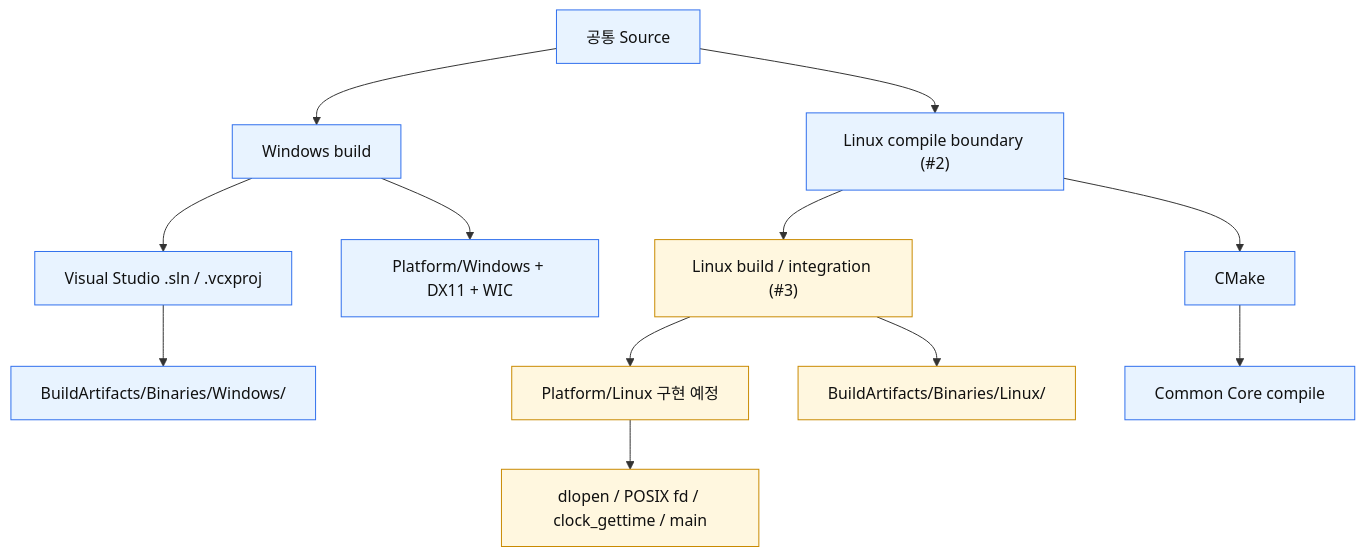
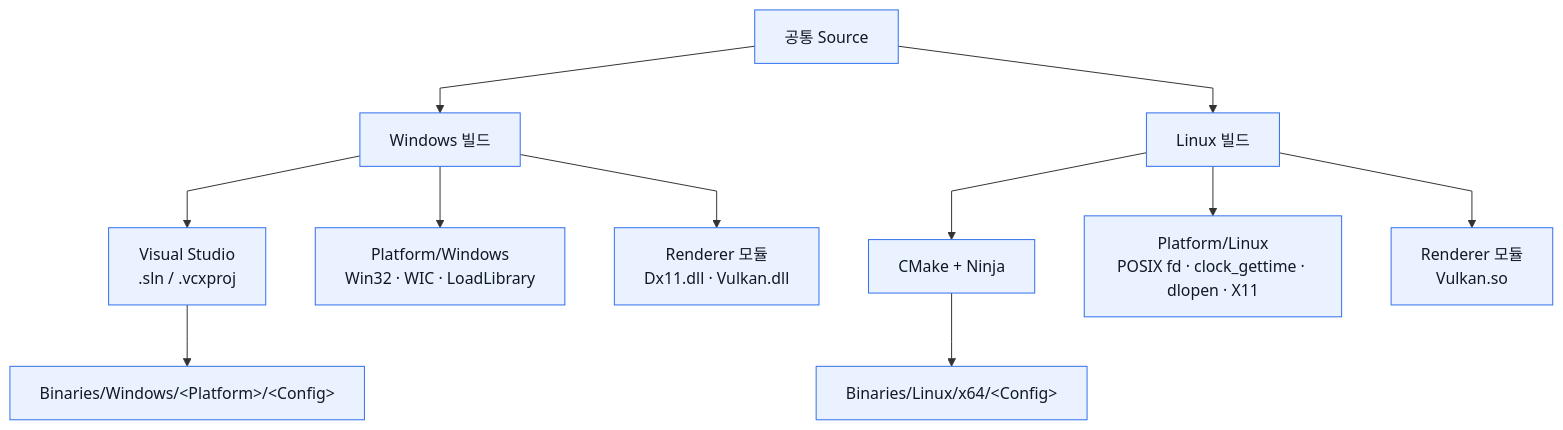
The third of 4 diagrams in Docs/Architecture.md (cyphen156/CyphenEngine), drawn with Mermaid before and after one commit. The commit also changed other lines of this file and 5 other files, not shown here.

````diff
--- a/Docs/Architecture.md
+++ b/Docs/Architecture.md
@@ -141,21 +94,19 @@
 ```mermaid
+%%{init: {'flowchart': {'curve': 'linear'}}}%%
 flowchart TB
-	Source["공통 Source"] --> WindowsBuild["Windows build"]
-	Source --> LinuxCompile["Linux compile boundary (#2)"]
-	LinuxCompile --> LinuxBuild["Linux build / integration (#3)"]
+    Source["공통 Source"] --> WindowsBuild["Windows 빌드"]
+    Source --> LinuxBuild["Linux 빌드"]
 
-	WindowsBuild --> VS["Visual Studio .sln / .vcxproj"]
-	WindowsBuild --> WinLeaf["Platform/Windows + DX11 + WIC"]
-	VS --> WinBin["BuildArtifacts/Binaries/Windows/<Config>"]
+    WindowsBuild --> VS["Visual Studio<br/>.sln / .vcxproj"]
+    WindowsBuild --> WinLeaf["Platform/Windows<br/>Win32 · WIC · LoadLibrary"]
+    WindowsBuild --> WinRenderer["Renderer 모듈<br/>Dx11.dll · Vulkan.dll"]
+    VS --> WinBin["Binaries/Windows/&lt;Platform&gt;/&lt;Config&gt;"]
 
-	LinuxCompile --> CMake["CMake"]
-	CMake --> LinuxObject["Common Core compile"]
-	LinuxBuild --> LinuxLeaf["Platform/Linux 구현 예정"]
-	LinuxLeaf --> LinuxTasks["dlopen / POSIX fd / clock_gettime / main"]
-	LinuxBuild --> LinuxBin["BuildArtifacts/Binaries/Linux/<Config>"]
+    LinuxBuild --> CMake["CMake + Ninja"]
+    LinuxBuild --> LinuxLeaf["Platform/Linux<br/>POSIX fd · clock_gettime · dlopen · X11"]
+    LinuxBuild --> LinuxRenderer["Renderer 모듈<br/>Vulkan.so"]
+    CMake --> LinuxBin["Binaries/Linux/x64/&lt;Config&gt;"]
 
-	classDef current fill:#e8f3ff,stroke:#2f6fed,color:#111;
-	classDef future fill:#fff7df,stroke:#c98a00,color:#111;
-	class Source,WindowsBuild,VS,WinLeaf,WinBin,LinuxCompile,CMake,LinuxObject current;
-	class LinuxBuild,LinuxLeaf,LinuxTasks,LinuxBin future;
+    classDef current fill:#eaf2ff,stroke:#2f6fed,color:#111827;
+    class Source,WindowsBuild,LinuxBuild,VS,CMake,WinLeaf,LinuxLeaf,WinRenderer,LinuxRenderer,WinBin,LinuxBin current;
 ```
````
